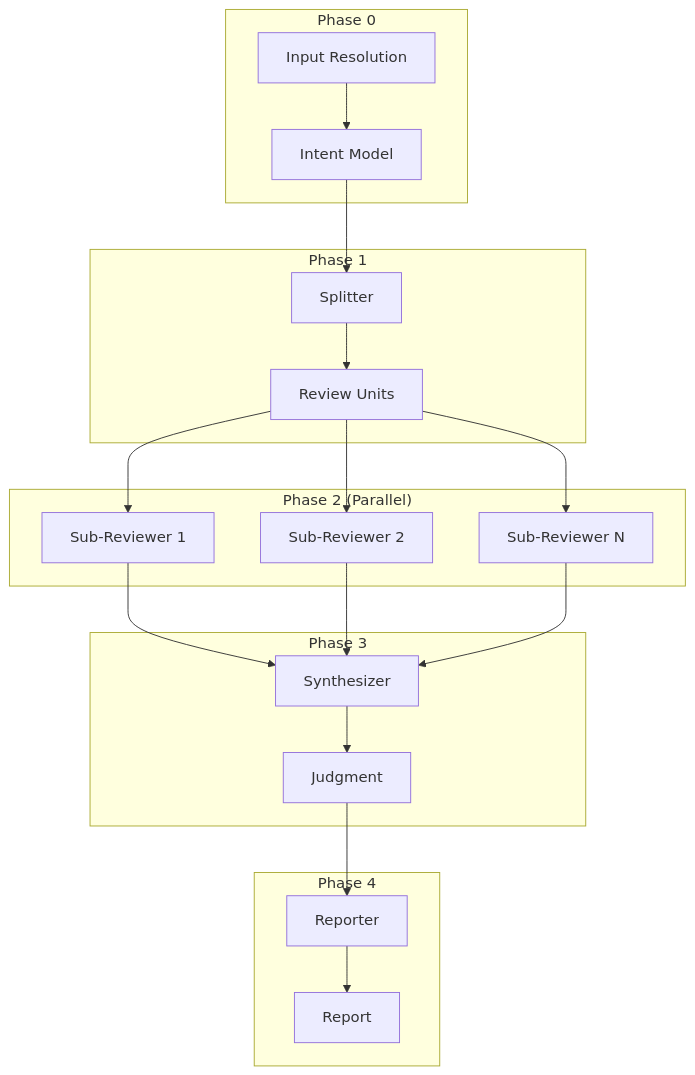
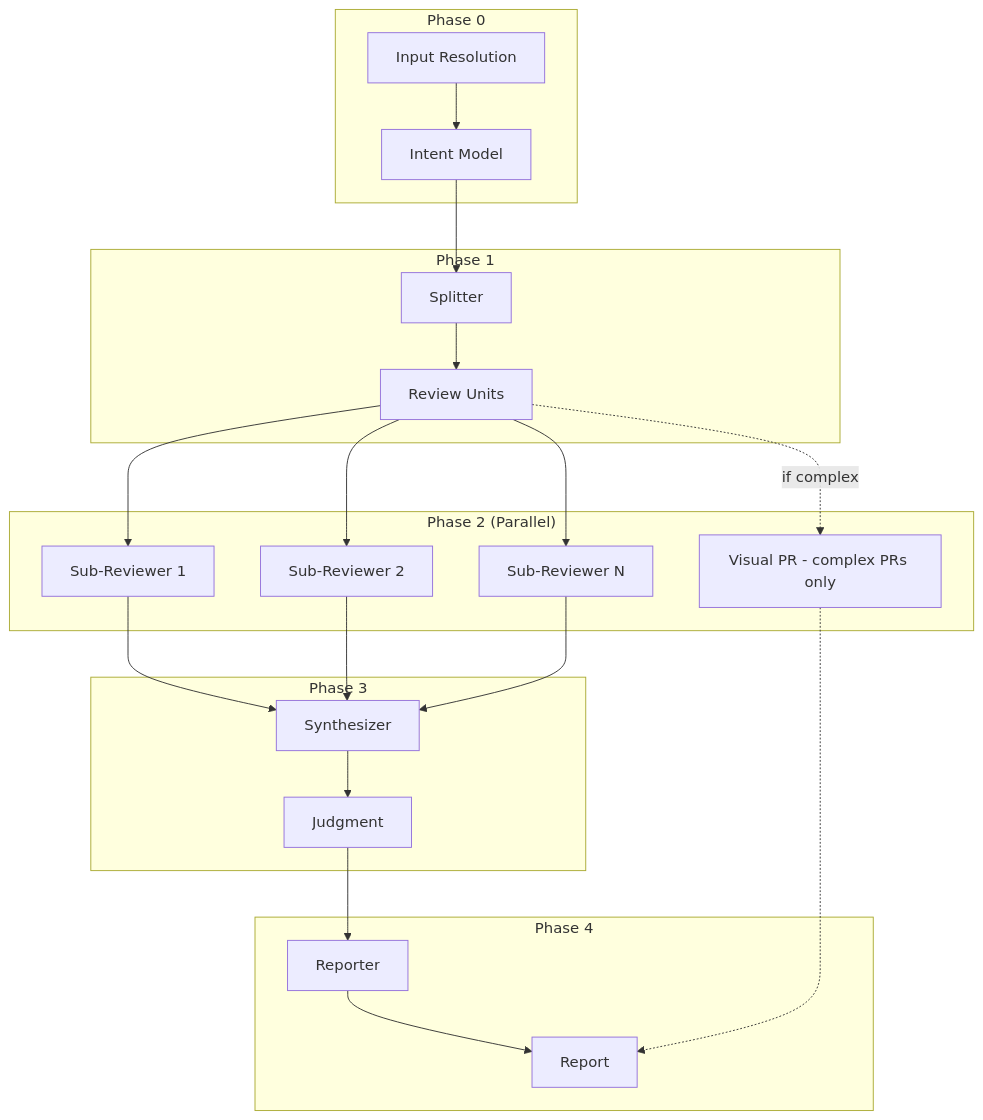
The diagram in docs/reference/dev/pr-review.md (rp1-run/rp1), drawn with Mermaid before and after one commit. The commit also changed other lines of this file and 42 other files, not shown here.

````diff
--- a/docs/reference/dev/pr-review.md
+++ b/docs/reference/dev/pr-review.md
@@ -43,33 +43,36 @@
 ```mermaid
 flowchart TB
     subgraph "Phase 0"
         IR[Input Resolution] --> IM[Intent Model]
     end
 
     subgraph "Phase 1"
         SP[Splitter] --> RU[Review Units]
     end
 
     subgraph "Phase 2 (Parallel)"
         R1[Sub-Reviewer 1]
         R2[Sub-Reviewer 2]
         RN[Sub-Reviewer N]
+        VIS[Visual PR - complex PRs only]
     end
 
     subgraph "Phase 3"
         SY[Synthesizer] --> JD[Judgment]
     end
 
     subgraph "Phase 4"
         RP[Reporter] --> MD[Report]
     end
 
     IM --> SP
     RU --> R1
     RU --> R2
     RU --> RN
+    RU -.->|if complex| VIS
     R1 --> SY
     R2 --> SY
     RN --> SY
+    VIS -.-> MD
     JD --> RP
 ```
````
